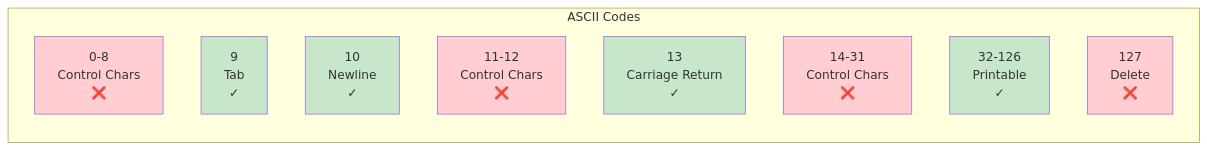
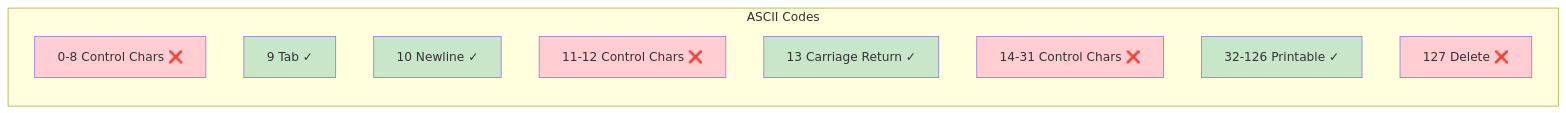
Before and after one commit to softwarewrighter/markdown-checker: the third of 4 diagrams in wiki/Validation-Engine.md, drawn with Mermaid. The commit also changed other lines of this file and 10 other files, not shown here.

````diff
--- a/wiki/Validation-Engine.md
+++ b/wiki/Validation-Engine.md
@@ -210,22 +210,22 @@
 ```mermaid
 graph LR
     subgraph "ASCII Codes"
-        A[0-8<br/>Control Chars<br/>❌]
-        B[9<br/>Tab<br/>✓]
-        C[10<br/>Newline<br/>✓]
-        D[11-12<br/>Control Chars<br/>❌]
-        E[13<br/>Carriage Return<br/>✓]
-        F[14-31<br/>Control Chars<br/>❌]
-        G[32-126<br/>Printable<br/>✓]
-        H[127<br/>Delete<br/>❌]
+        A[0-8 Control Chars ❌]
+        B[9 Tab ✓]
+        C[10 Newline ✓]
+        D[11-12 Control Chars ❌]
+        E[13 Carriage Return ✓]
+        F[14-31 Control Chars ❌]
+        G[32-126 Printable ✓]
+        H[127 Delete ❌]
     end
 
     style B fill:#c8e6c9
     style C fill:#c8e6c9
     style E fill:#c8e6c9
     style G fill:#c8e6c9
     style A fill:#ffcdd2
     style D fill:#ffcdd2
     style F fill:#ffcdd2
     style H fill:#ffcdd2
 ```
````
